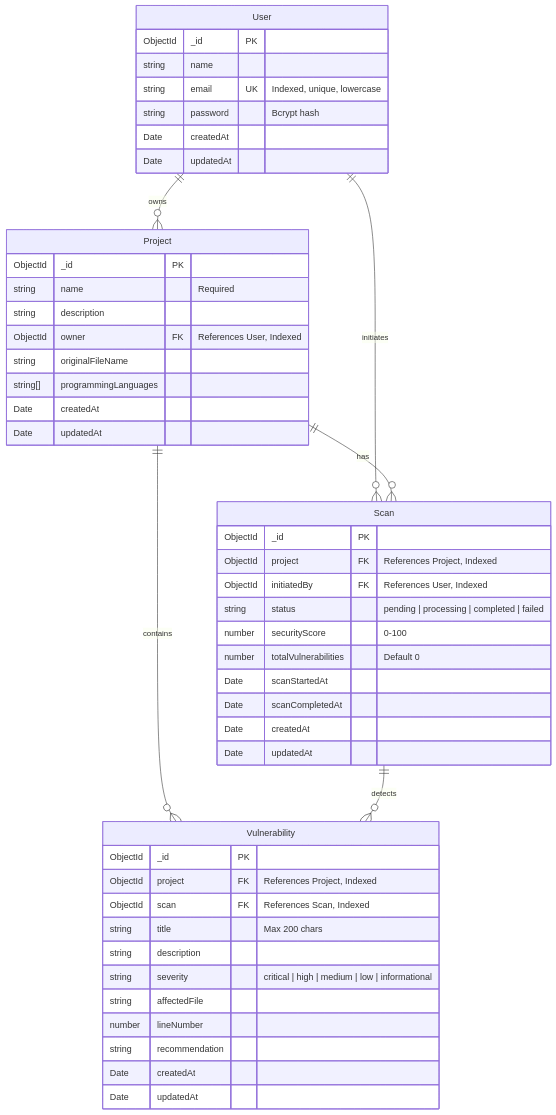
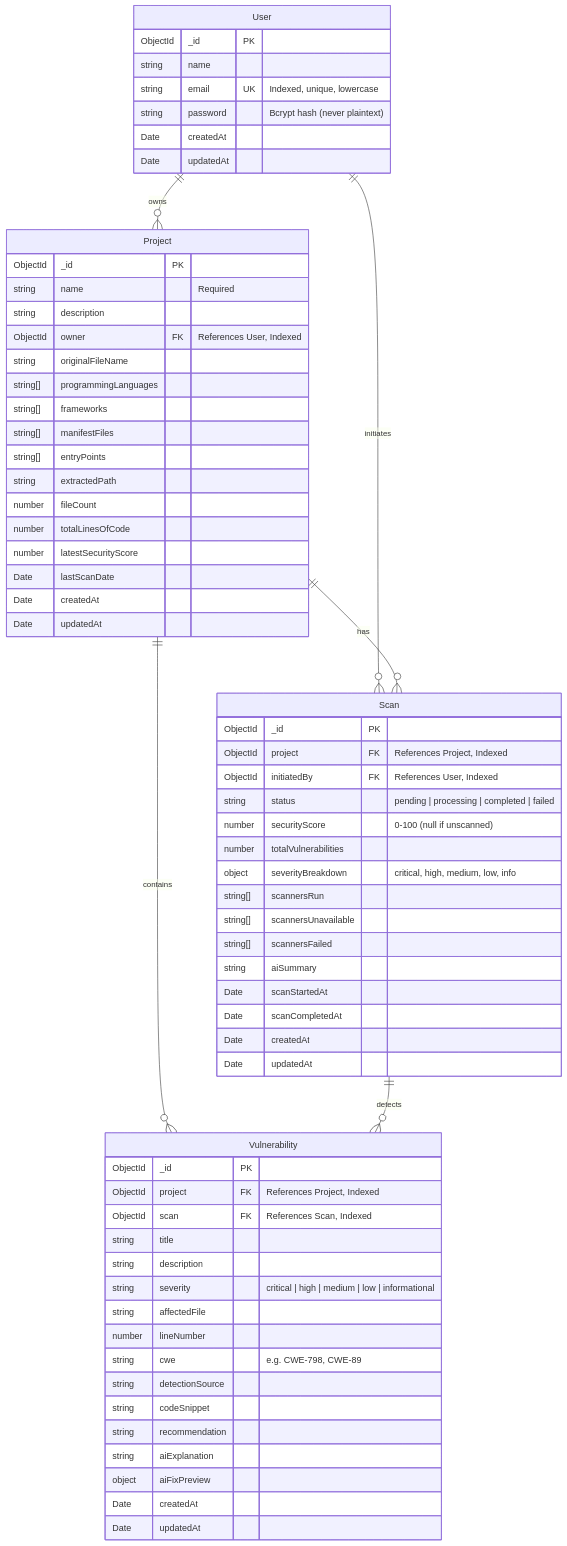
One commit to Mallikarjungouda-28/AEGISOR changed the second of 2 diagrams in README.md. Above: the diagram before and after it, drawn with Mermaid. The commit also changed other lines of this file and 53 other files, not shown here.

````diff
--- a/README.md
+++ b/README.md
@@ -278,55 +339,73 @@
 ```mermaid
 erDiagram
     User ||--o{ Project : "owns"
     User ||--o{ Scan : "initiates"
     Project ||--o{ Scan : "has"
     Project ||--o{ Vulnerability : "contains"
     Scan ||--o{ Vulnerability : "detects"
 
     User {
         ObjectId _id PK
         string name
         string email UK "Indexed, unique, lowercase"
-        string password "Bcrypt hash"
+        string password "Bcrypt hash (never plaintext)"
         Date createdAt
         Date updatedAt
     }
 
     Project {
         ObjectId _id PK
         string name "Required"
         string description
         ObjectId owner FK "References User, Indexed"
         string originalFileName
         string[] programmingLanguages
+        string[] frameworks
+        string[] manifestFiles
+        string[] entryPoints
+        string extractedPath
+        number fileCount
+        number totalLinesOfCode
+        number latestSecurityScore
+        Date lastScanDate
         Date createdAt
         Date updatedAt
     }
 
     Scan {
         ObjectId _id PK
         ObjectId project FK "References Project, Indexed"
         ObjectId initiatedBy FK "References User, Indexed"
         string status "pending | processing | completed | failed"
-        number securityScore "0-100"
-        number totalVulnerabilities "Default 0"
+        number securityScore "0-100 (null if unscanned)"
+        number totalVulnerabilities
+        object severityBreakdown "critical, high, medium, low, info"
+        string[] scannersRun
+        string[] scannersUnavailable
+        string[] scannersFailed
+        string aiSummary
         Date scanStartedAt
         Date scanCompletedAt
         Date createdAt
         Date updatedAt
     }
 
     Vulnerability {
         ObjectId _id PK
         ObjectId project FK "References Project, Indexed"
         ObjectId scan FK "References Scan, Indexed"
-        string title "Max 200 chars"
+        string title
         string description
         string severity "critical | high | medium | low | informational"
         string affectedFile
         number lineNumber
+        string cwe "e.g. CWE-798, CWE-89"
+        string detectionSource
+        string codeSnippet
         string recommendation
+        string aiExplanation
+        object aiFixPreview
         Date createdAt
         Date updatedAt
     }
 ```
````
